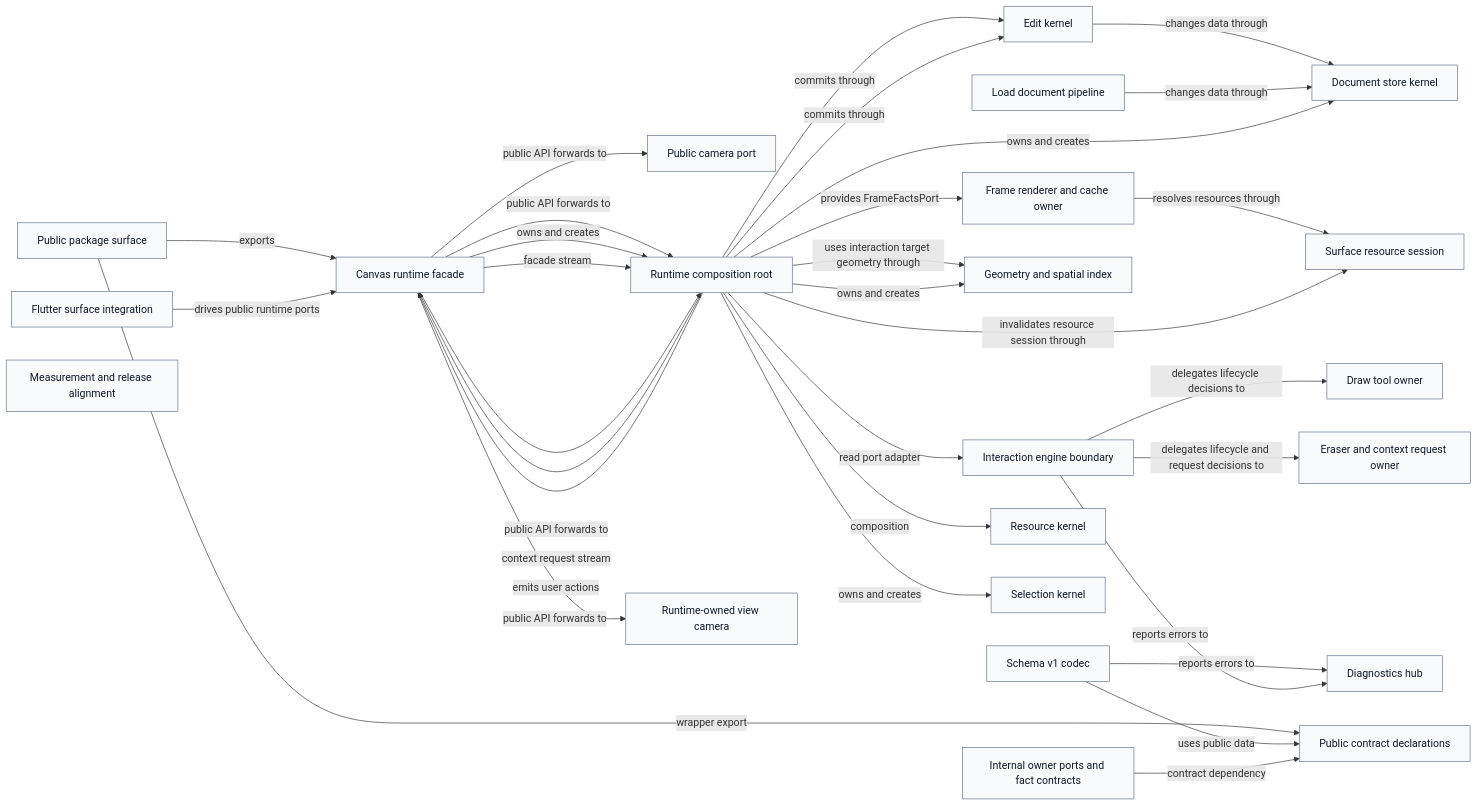
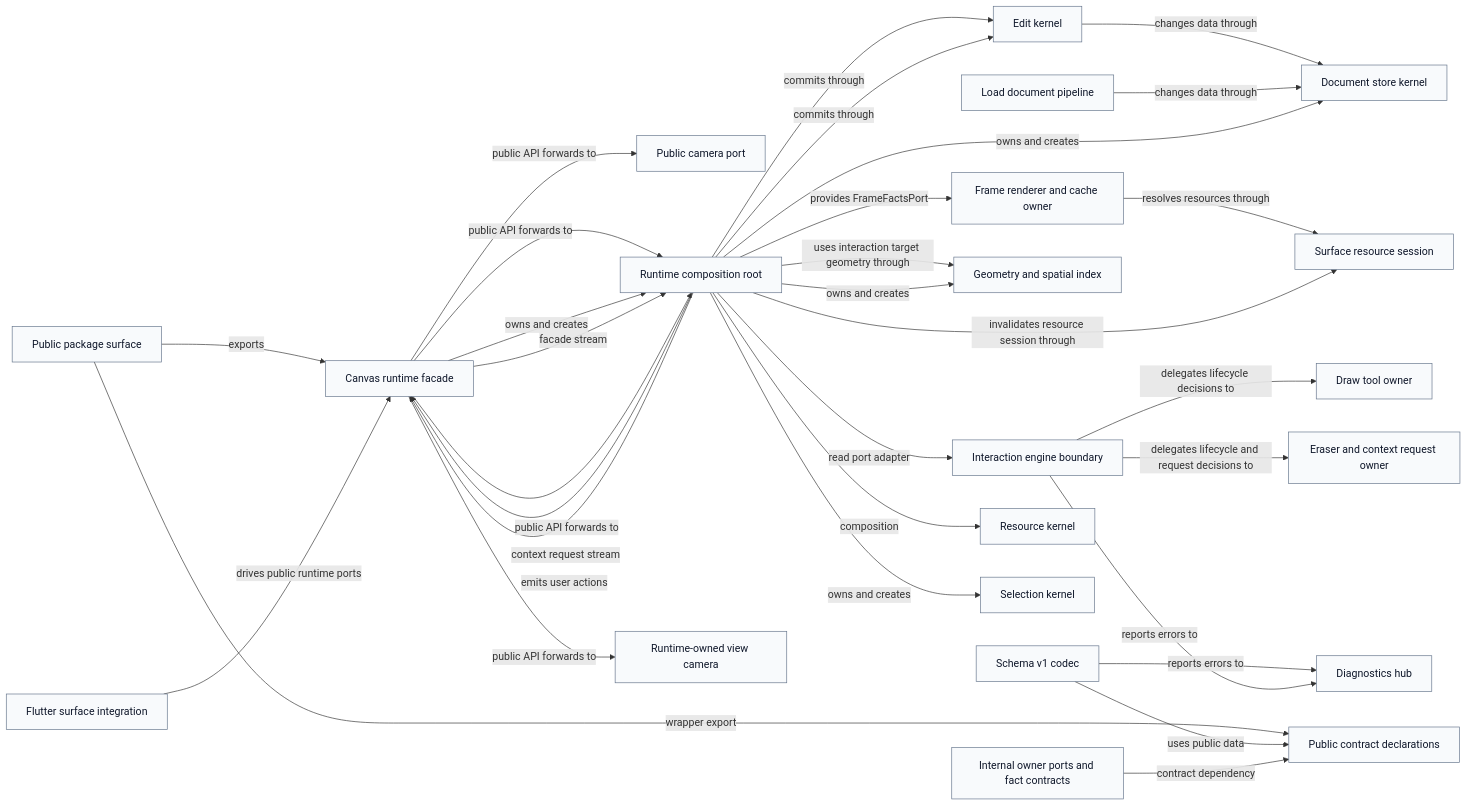
The diagram in docs/diagrams/generated/actual_vs_expected_diff.mmd (GreatPika/iwb_canvas_engine), drawn with Mermaid before and after one commit. The commit also changed 130 other files, not shown here.

```diff
--- a/docs/diagrams/generated/actual_vs_expected_diff.mmd
+++ b/docs/diagrams/generated/actual_vs_expected_diff.mmd
@@ -1,58 +1,57 @@
 %% GENERATED FILE. Do not edit by hand.
 %% Source: docs/architecture/architecture_graph.yaml
 %% View: Actual vs expected current diff
 flowchart LR
   api_camera_port["Public camera port"]:::ok
   api_canvas_runtime["Canvas runtime facade"]:::ok
   api_public_surface["Public package surface"]:::ok
   codec_schema_v1["Schema v1 codec"]:::ok
   contracts_internal_ports["Internal owner ports and fact contracts"]:::ok
   contracts_public["Public contract declarations"]:::ok
   diagnostics_hub["Diagnostics hub"]:::ok
   draw_tools["Draw tool owner"]:::ok
   edit_kernel["Edit kernel"]:::ok
   eraser_context_request["Eraser and context request owner"]:::ok
   flutter_surface["Flutter surface integration"]:::ok
   frame_renderer["Frame renderer and cache owner"]:::ok
   geometry_spatial_index["Geometry and spatial index"]:::ok
   interaction_engine["Interaction engine boundary"]:::ok
   load_document_pipeline["Load document pipeline"]:::ok
-  release_measurement["Measurement and release alignment"]:::ok
   resource_kernel["Resource kernel"]:::ok
   resource_surface_session["Surface resource session"]:::ok
   runtime_root["Runtime composition root"]:::ok
   runtime_view_camera["Runtime-owned view camera"]:::ok
   selection_kernel["Selection kernel"]:::ok
   store_document_kernel["Document store kernel"]:::ok
   api_canvas_runtime -->|public API forwards to| runtime_view_camera
   api_canvas_runtime -->|public API forwards to| runtime_root
   api_canvas_runtime -->|owns and creates| runtime_root
   api_canvas_runtime -->|facade stream| runtime_root
   api_canvas_runtime -->|public API forwards to| api_camera_port
   api_canvas_runtime -->|public API forwards to| runtime_root
   api_public_surface -->|exports| api_canvas_runtime
   api_public_surface -->|wrapper export| contracts_public
   codec_schema_v1 -->|reports errors to| diagnostics_hub
   codec_schema_v1 -->|uses public data| contracts_public
   contracts_internal_ports -->|contract dependency| contracts_public
   runtime_root -->|commits through| edit_kernel
   interaction_engine -->|delegates lifecycle decisions to| draw_tools
   edit_kernel -->|changes data through| store_document_kernel
   runtime_root -->|commits through| edit_kernel
   interaction_engine -->|delegates lifecycle and request decisions to| eraser_context_request
   runtime_root -->|context request stream| api_canvas_runtime
   runtime_root -->|uses interaction target geometry through| geometry_spatial_index
   flutter_surface -->|drives public runtime ports| api_canvas_runtime
   frame_renderer -->|resolves resources through| resource_surface_session
   interaction_engine -->|reports errors to| diagnostics_hub
   load_document_pipeline -->|changes data through| store_document_kernel
   runtime_root -->|owns and creates| geometry_spatial_index
   runtime_root -->|provides FrameFactsPort| frame_renderer
   runtime_root -->|emits user actions| api_canvas_runtime
   runtime_root -->|invalidates resource session through| resource_surface_session
   runtime_root -->|composition| resource_kernel
   runtime_root -->|owns and creates| selection_kernel
   runtime_root -->|owns and creates| store_document_kernel
   runtime_root -->|read port adapter| interaction_engine
   classDef ok fill:#f8fafc,stroke:#64748b,color:#0f172a
   classDef violation fill:#fee2e2,stroke:#dc2626,color:#7f1d1d
```
